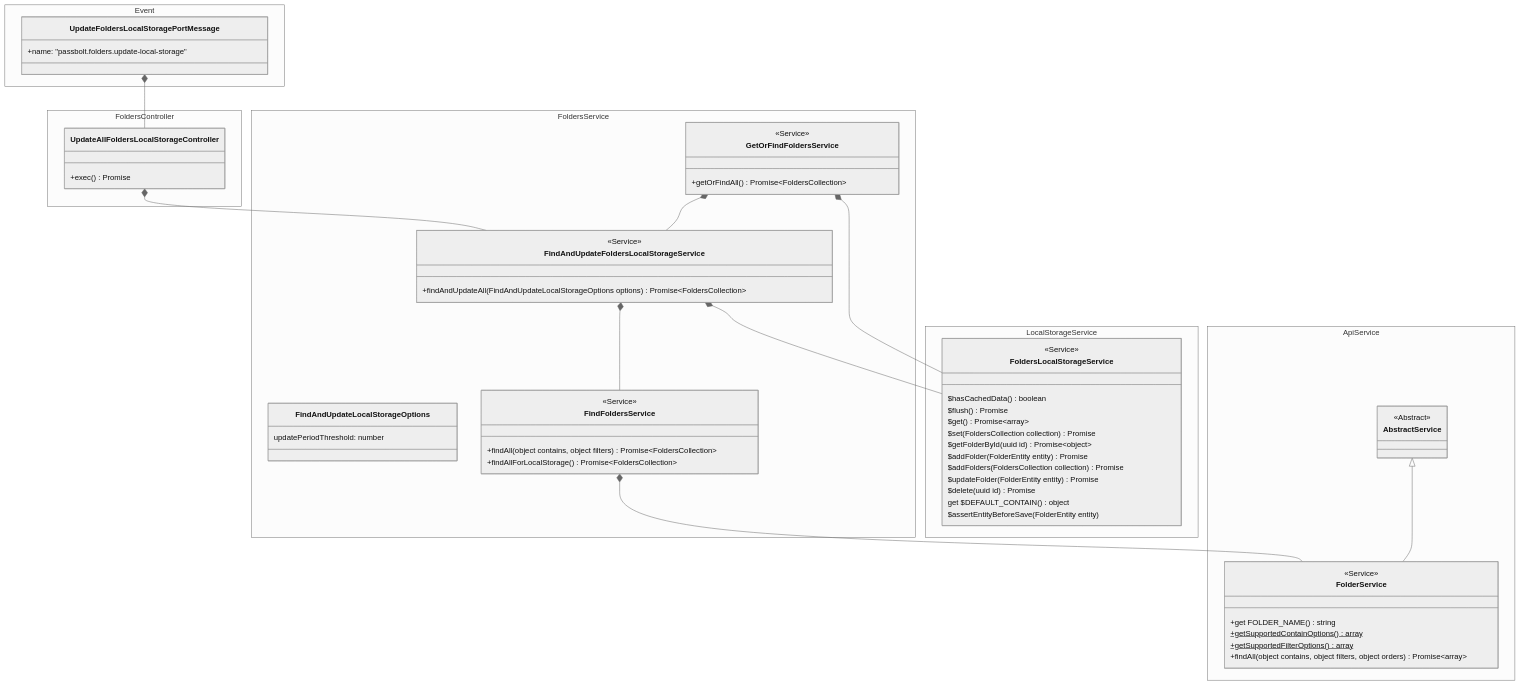
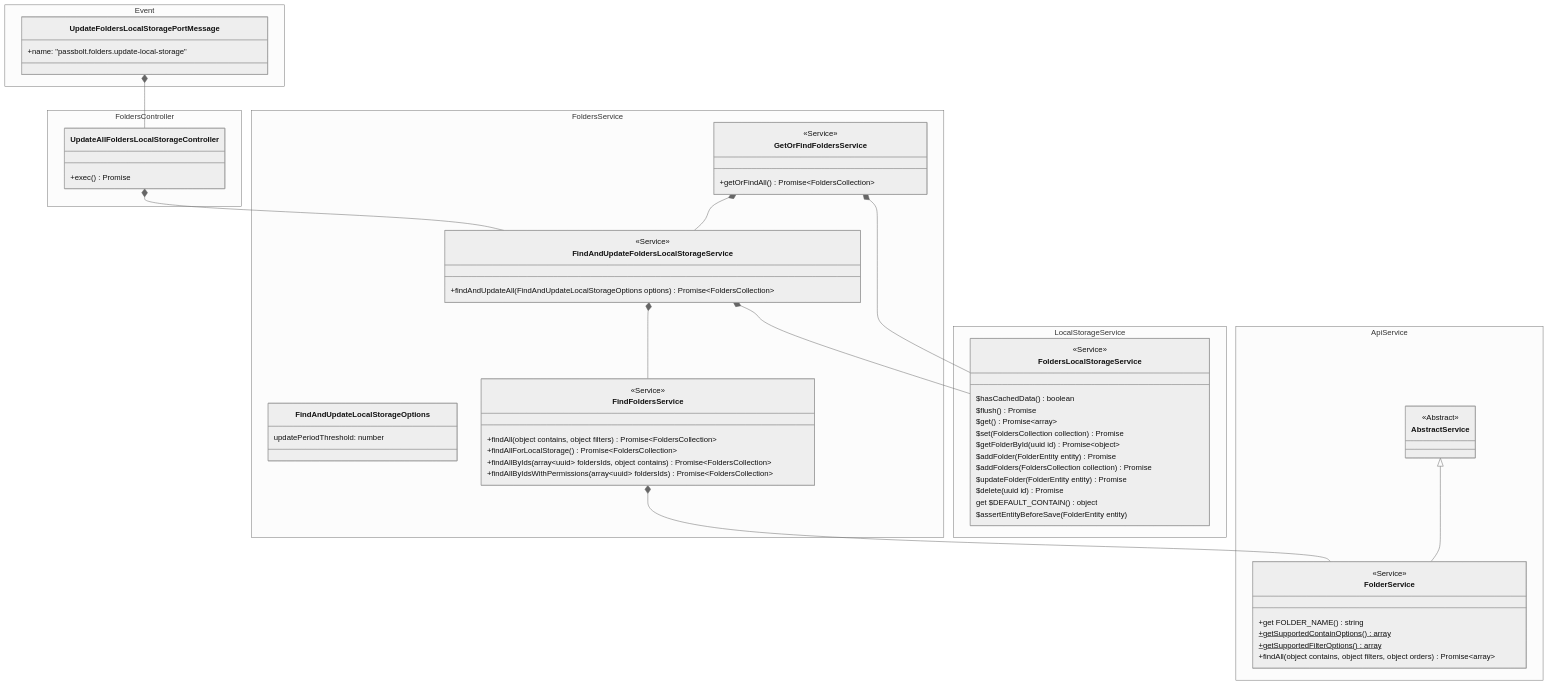
One commit to passbolt/passbolt_browser_extension changed the diagram in doc/folders-find-class.md. Above: the diagram before and after it, drawn with Mermaid. The commit also changed 5 other files, not shown here.

Commit message:
PB-36561 - WP3-6.8.3 Implement findByIdsWithPermissions on findResourcesService and findFoldersService

````diff
--- a/doc/folders-find-class.md
+++ b/doc/folders-find-class.md
@@ -1,77 +1,79 @@
 ```mermaid
 %%{init: {'theme':'neutral'}}%%
 classDiagram
     namespace Event {
         class UpdateFoldersLocalStoragePortMessage{
             +name: "passbolt.folders.update-local-storage"
         }
     }
 
     namespace FoldersController {
         class UpdateAllFoldersLocalStorageController{
             +exec() Promise
         }
     }
 
     namespace FoldersService{
         class GetOrFindFoldersService{
             <<Service>>
             +getOrFindAll() Promise~FoldersCollection~
         }
 
         class FindAndUpdateFoldersLocalStorageService{
             <<Service>>
             +findAndUpdateAll(FindAndUpdateLocalStorageOptions options) Promise~FoldersCollection~
         }
 
         class FindAndUpdateLocalStorageOptions {
             updatePeriodThreshold: number
         }
 
         class FindFoldersService{
             <<Service>>
             +findAll(object contains, object filters) Promise~FoldersCollection~
             +findAllForLocalStorage() Promise~FoldersCollection~
+            +findAllByIds(array~uuid~ foldersIds, object contains) Promise~FoldersCollection~
+            +findAllByIdsWithPermissions(array~uuid~ foldersIds) Promise~FoldersCollection~
         }
     }
 
     namespace ApiService{
         class AbstractService {
             <<Abstract>>
         }
 
         class FolderService {
             <<Service>>
             +get FOLDER_NAME() string
             +getSupportedContainOptions() array$
             +getSupportedFilterOptions() array$
             +findAll(object contains, object filters, object orders) Promise~array~
         }
     }
 
     namespace LocalStorageService{
         class FoldersLocalStorageService {
             <<Service>>
             $hasCachedData() boolean
             $flush() Promise
             $get() Promise~array~
             $set(FoldersCollection collection) Promise
             $getFolderById(uuid id) Promise~object~
             $addFolder(FolderEntity entity) Promise
             $addFolders(FoldersCollection collection) Promise
             $updateFolder(FolderEntity entity) Promise
             $delete(uuid id) Promise
             get $DEFAULT_CONTAIN() object
             $assertEntityBeforeSave(FolderEntity entity)
         }
     }
 
     UpdateFoldersLocalStoragePortMessage*--UpdateAllFoldersLocalStorageController
     UpdateAllFoldersLocalStorageController*--FindAndUpdateFoldersLocalStorageService
     FindAndUpdateFoldersLocalStorageService*--FoldersLocalStorageService
     GetOrFindFoldersService*--FoldersLocalStorageService
     GetOrFindFoldersService*--FindAndUpdateFoldersLocalStorageService
     FindAndUpdateFoldersLocalStorageService*--FindFoldersService
     FindFoldersService*--FolderService
     AbstractService<|--FolderService
 ```
````
